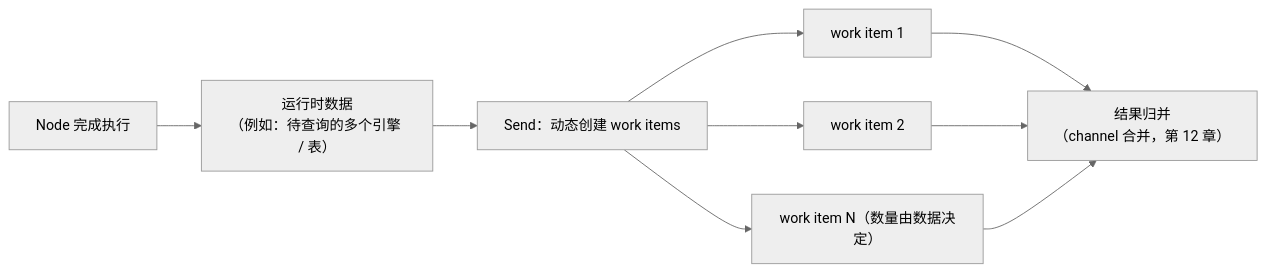
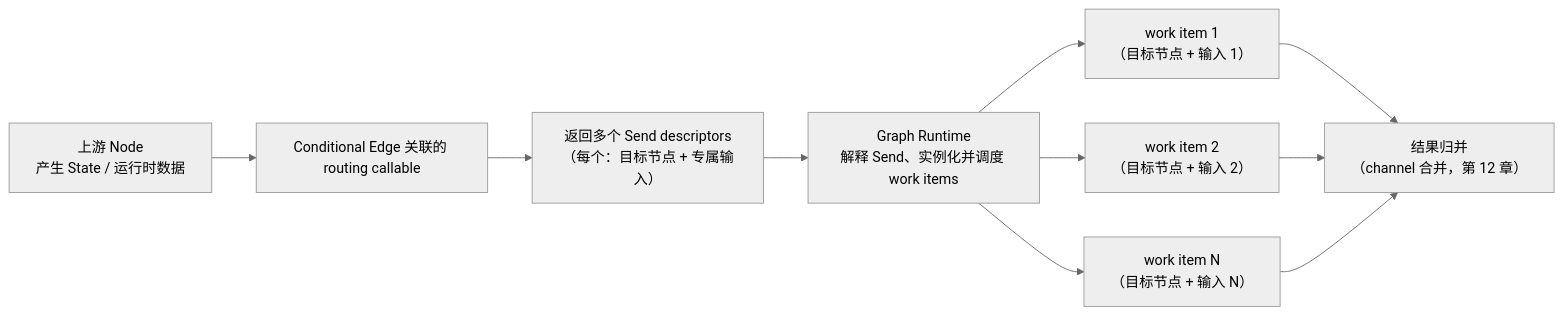
One commit to AnRun-M/enterprise-ai-agent-handbook changed the third of 3 diagrams in docs/03-langgraph-core/ch13-command-send.md. Above: the diagram before and after it, drawn with Mermaid (neutral theme). The commit also changed other lines of this file and 2 other files, not shown here.

Commit message:
docs: refine command send and conditional routing boundaries

````diff
--- a/docs/03-langgraph-core/ch13-command-send.md
+++ b/docs/03-langgraph-core/ch13-command-send.md
@@ -78,11 +80,12 @@
 ```mermaid
 flowchart LR
-    N["Node 完成执行"] --> D["运行时数据\n（例如：待查询的多个引擎 / 表）"]
-    D --> S["Send：动态创建 work items"]
-    S --> W1["work item 1"]
-    S --> W2["work item 2"]
-    S --> W3["work item N（数量由数据决定）"]
+    N["上游 Node\n产生 State / 运行时数据"] --> RC["Conditional Edge 关联的 routing callable"]
+    RC --> SD["返回多个 Send descriptors\n（每个：目标节点 + 专属输入）"]
+    SD --> GR["Graph Runtime\n解释 Send、实例化并调度 work items"]
+    GR --> W1["work item 1\n（目标节点 + 输入 1）"]
+    GR --> W2["work item 2\n（目标节点 + 输入 2）"]
+    GR --> W3["work item N\n（目标节点 + 输入 N）"]
     W1 --> M["结果归并\n（channel 合并，第 12 章）"]
     W2 --> M
     W3 --> M
 ```
````
